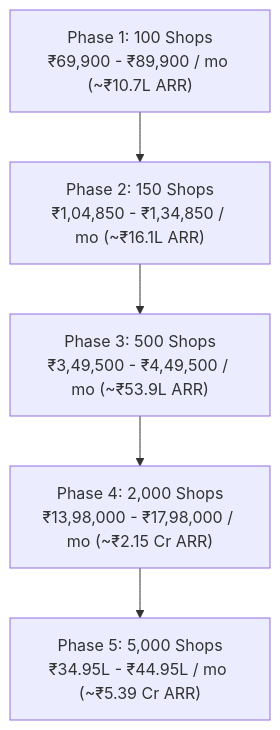
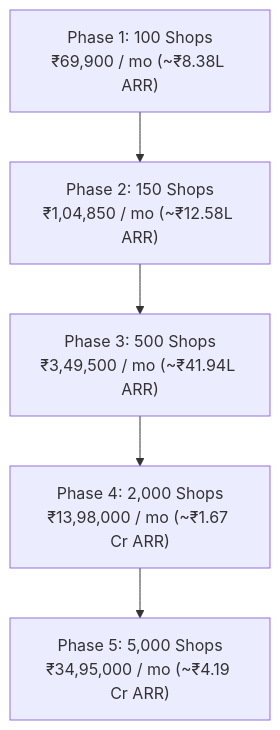
Before and after one commit to amangovindrao/passel: the fourth of 7 diagrams in INVESTOR_PITCH_DECK.md, drawn with Mermaid. The commit also changed other lines of this file and 1 other file, not shown here.

````diff
--- a/INVESTOR_PITCH_DECK.md
+++ b/INVESTOR_PITCH_DECK.md
@@ -108,7 +112,7 @@
 ```mermaid
 graph TD
-    P1["Phase 1: 100 Shops<br/>₹69,900 - ₹89,900 / mo (~₹10.7L ARR)"] --> P2["Phase 2: 150 Shops<br/>₹1,04,850 - ₹1,34,850 / mo (~₹16.1L ARR)"]
-    P2 --> P3["Phase 3: 500 Shops<br/>₹3,49,500 - ₹4,49,500 / mo (~₹53.9L ARR)"]
-    P3 --> P4["Phase 4: 2,000 Shops<br/>₹13,98,000 - ₹17,98,000 / mo (~₹2.15 Cr ARR)"]
-    P4 --> P5["Phase 5: 5,000 Shops<br/>₹34.95L - ₹44.95L / mo (~₹5.39 Cr ARR)"]
+    P1["Phase 1: 100 Shops<br/>₹69,900 / mo (~₹8.38L ARR)"] --> P2["Phase 2: 150 Shops<br/>₹1,04,850 / mo (~₹12.58L ARR)"]
+    P2 --> P3["Phase 3: 500 Shops<br/>₹3,49,500 / mo (~₹41.94L ARR)"]
+    P3 --> P4["Phase 4: 2,000 Shops<br/>₹13,98,000 / mo (~₹1.67 Cr ARR)"]
+    P4 --> P5["Phase 5: 5,000 Shops<br/>₹34,95,000 / mo (~₹4.19 Cr ARR)"]
 ```
````
